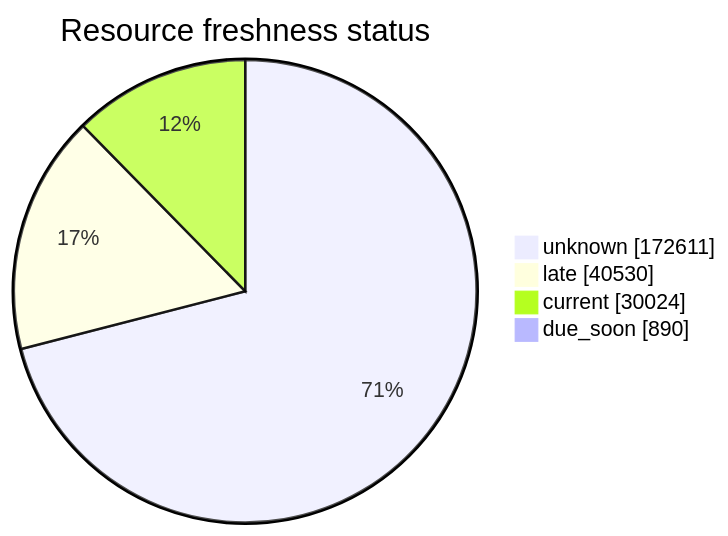
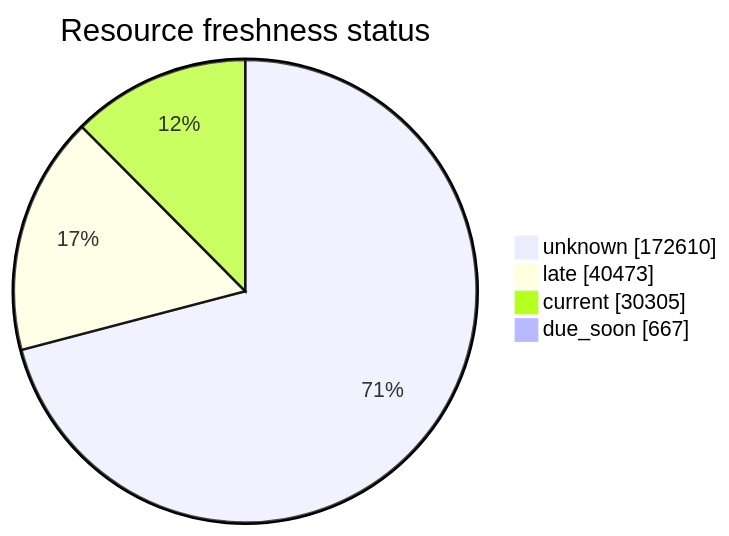
The third of 5 diagrams in FreshCheck/README.md (open-data/analytics-corporate-reporting), drawn with Mermaid before and after one commit. The commit also changed other lines of this file and 3 other files, not shown here.

````diff
--- a/FreshCheck/README.md
+++ b/FreshCheck/README.md
@@ -78,7 +78,7 @@
 ```mermaid
 pie showData title Resource freshness status
-    "unknown": 172611
-    "late": 40530
-    "current": 30024
-    "due_soon": 890
+    "unknown": 172610
+    "late": 40473
+    "current": 30305
+    "due_soon": 667
 ```
````
